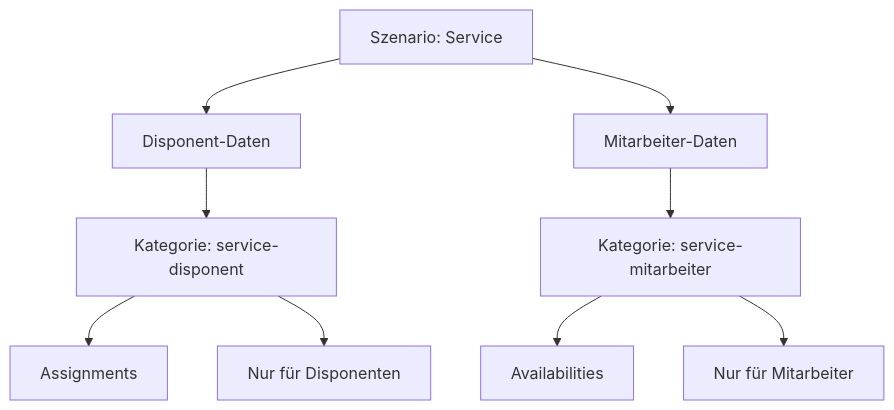
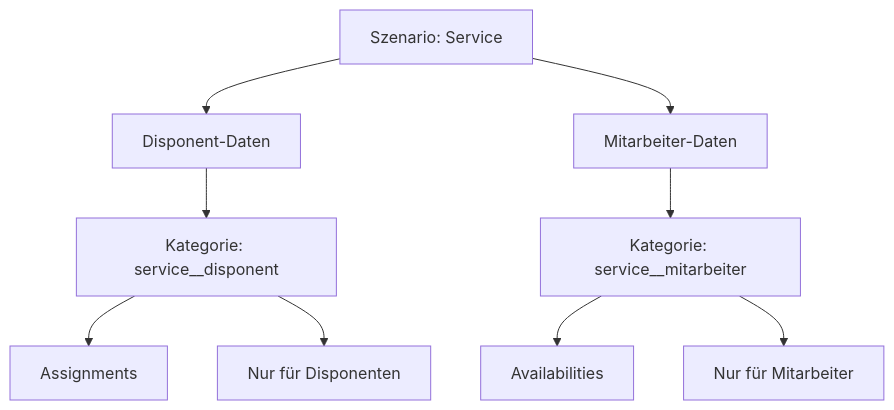
One commit to bwl21/bwl-dienstplanung changed the second of 12 diagrams in docs/planning-scenarios.md. Above: the diagram before and after it, drawn with Mermaid. The commit also changed other lines of this file and 1 other file, not shown here.

````diff
--- a/docs/planning-scenarios.md
+++ b/docs/planning-scenarios.md
@@ -38,13 +38,13 @@
 ```mermaid
 graph TD
     S[Szenario: Service] --> D[Disponent-Daten]
     S --> M[Mitarbeiter-Daten]
     
-    D --> D1[Kategorie: service-disponent]
+    D --> D1[Kategorie: service__disponent]
     D1 --> D2[Assignments]
     D1 --> D3[Nur für Disponenten]
     
-    M --> M1[Kategorie: service-mitarbeiter]
+    M --> M1[Kategorie: service__mitarbeiter]
     M1 --> M2[Availabilities]
     M1 --> M3[Nur für Mitarbeiter]
 ```
````
